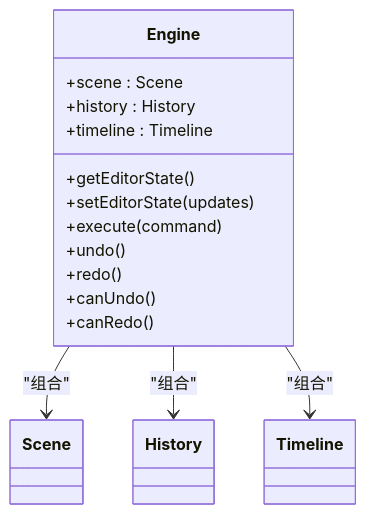
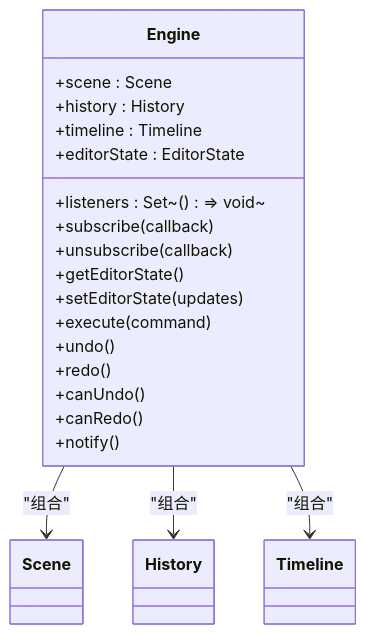
The third of 7 diagrams in .qoder/repowiki/zh/content/引擎系统/引擎系统.md (Anna0314zy/ai_editor_enginer), drawn with Mermaid before and after one commit. The commit also changed other lines of this file and 7 other files, not shown here.

````diff
--- a/.qoder/repowiki/zh/content/引擎系统/引擎系统.md
+++ b/.qoder/repowiki/zh/content/引擎系统/引擎系统.md
@@ -173,21 +184,26 @@
 ```mermaid
 classDiagram
 class Engine {
 +scene : Scene
 +history : History
 +timeline : Timeline
++editorState : EditorState
++listeners : Set~() => void~
++subscribe(callback)
++unsubscribe(callback)
 +getEditorState()
 +setEditorState(updates)
 +execute(command)
 +undo()
 +redo()
 +canUndo()
 +canRedo()
++notify()
 }
 class Scene
 class History
 class Timeline
 Engine --> Scene : "组合"
 Engine --> History : "组合"
 Engine --> Timeline : "组合"
 ```
````
